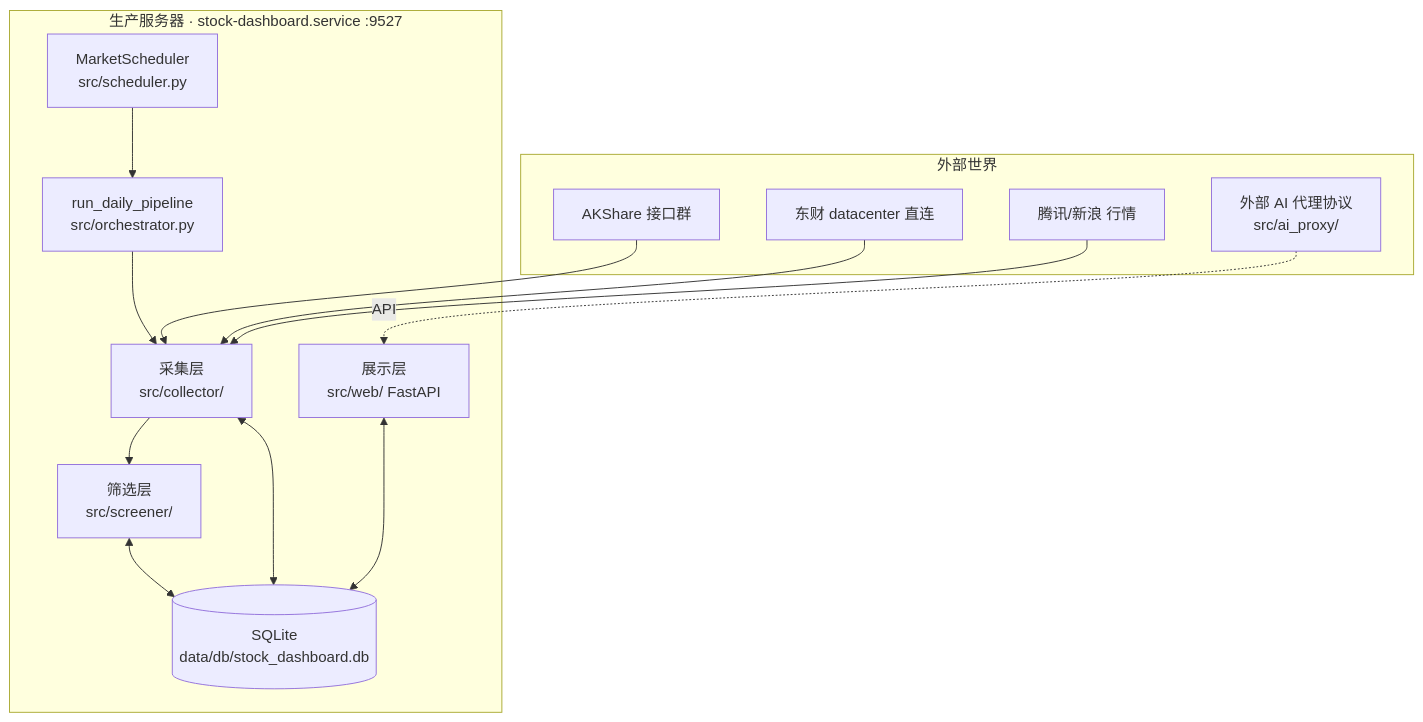
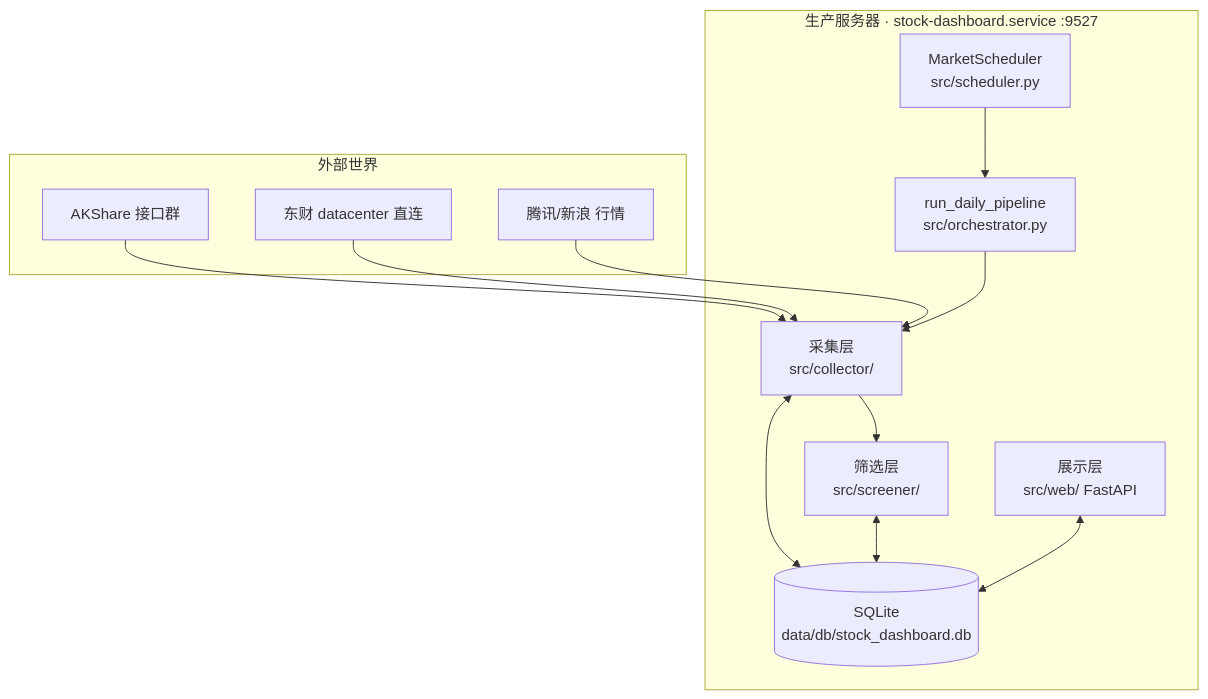
One commit to oldfunk/stock-dashboard changed the first of 2 diagrams in docs/architecture.md. Above: the diagram before and after it, drawn with Mermaid. The commit also changed other lines of this file and 13 other files, not shown here.

````diff
--- a/docs/architecture.md
+++ b/docs/architecture.md
@@ -8,28 +8,26 @@
 ```mermaid
 flowchart TB
     subgraph EXT[外部世界]
         AK[AKShare 接口群]
         EM[东财 datacenter 直连]
         TX[腾讯/新浪 行情]
-        HP[外部 AI 代理协议<br/>src/ai_proxy/]
     end
 
     subgraph PROD[生产服务器 · stock-dashboard.service :9527]
         SCH[MarketScheduler<br/>src/scheduler.py]
         ORCH[run_daily_pipeline<br/>src/orchestrator.py]
         COL[采集层<br/>src/collector/]
         SCR[筛选层<br/>src/screener/]
         WEB[展示层<br/>src/web/ FastAPI]
         DB[(SQLite<br/>data/db/stock_dashboard.db)]
     end
 
     AK --> COL
     EM --> COL
     TX --> COL
-    HP -.API.-> WEB
     SCH --> ORCH
     ORCH --> COL --> SCR
     COL <--> DB
     SCR <--> DB
     WEB <--> DB
 ```
````
